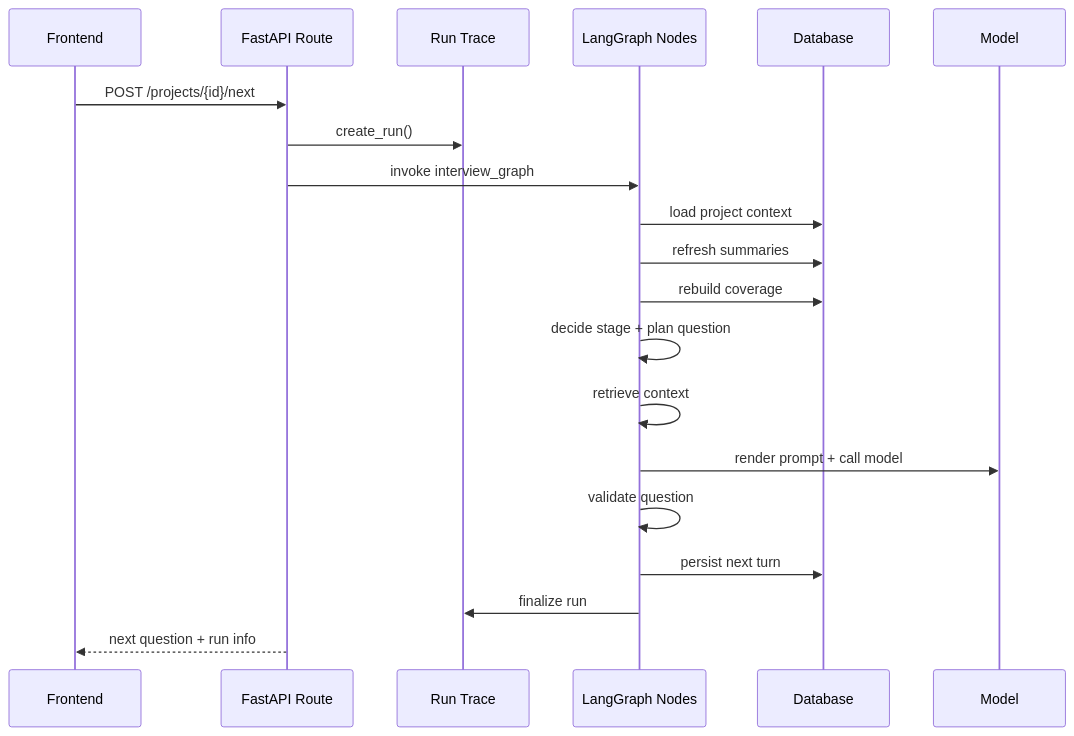
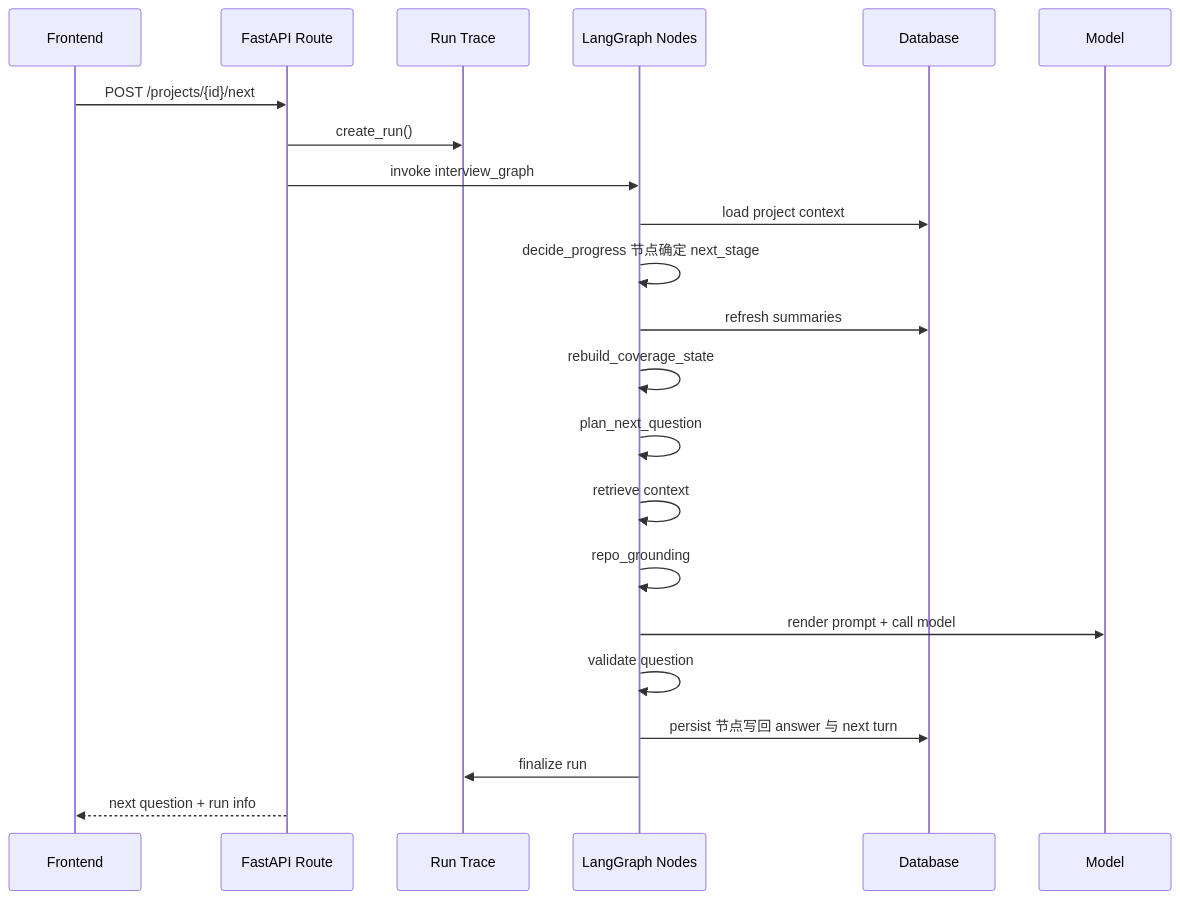
The third of 4 diagrams in detai_doc/05_Harness_Engineering_后端骨架与主链路.md (CharlesKeeling65/stateful_interview_agent), drawn with Mermaid before and after one commit. The commit also changed other lines of this file and 5 other files, not shown here.

````diff
--- a/detai_doc/05_Harness_Engineering_后端骨架与主链路.md
+++ b/detai_doc/05_Harness_Engineering_后端骨架与主链路.md
@@ -157,23 +172,25 @@
 ```mermaid
 sequenceDiagram
     participant UI as Frontend
     participant API as FastAPI Route
     participant RT as Run Trace
     participant WF as LangGraph Nodes
     participant DB as Database
     participant LLM as Model
 
     UI->>API: POST /projects/{id}/next
     API->>RT: create_run()
     API->>WF: invoke interview_graph
     WF->>DB: load project context
+    WF->>WF: decide_progress 节点确定 next_stage
     WF->>DB: refresh summaries
-    WF->>DB: rebuild coverage
-    WF->>WF: decide stage + plan question
+    WF->>WF: rebuild_coverage_state
+    WF->>WF: plan_next_question
     WF->>WF: retrieve context
+    WF->>WF: repo_grounding
     WF->>LLM: render prompt + call model
     WF->>WF: validate question
-    WF->>DB: persist next turn
+    WF->>DB: persist 节点写回 answer 与 next turn
     WF->>RT: finalize run
     API-->>UI: next question + run info
 ```
````
